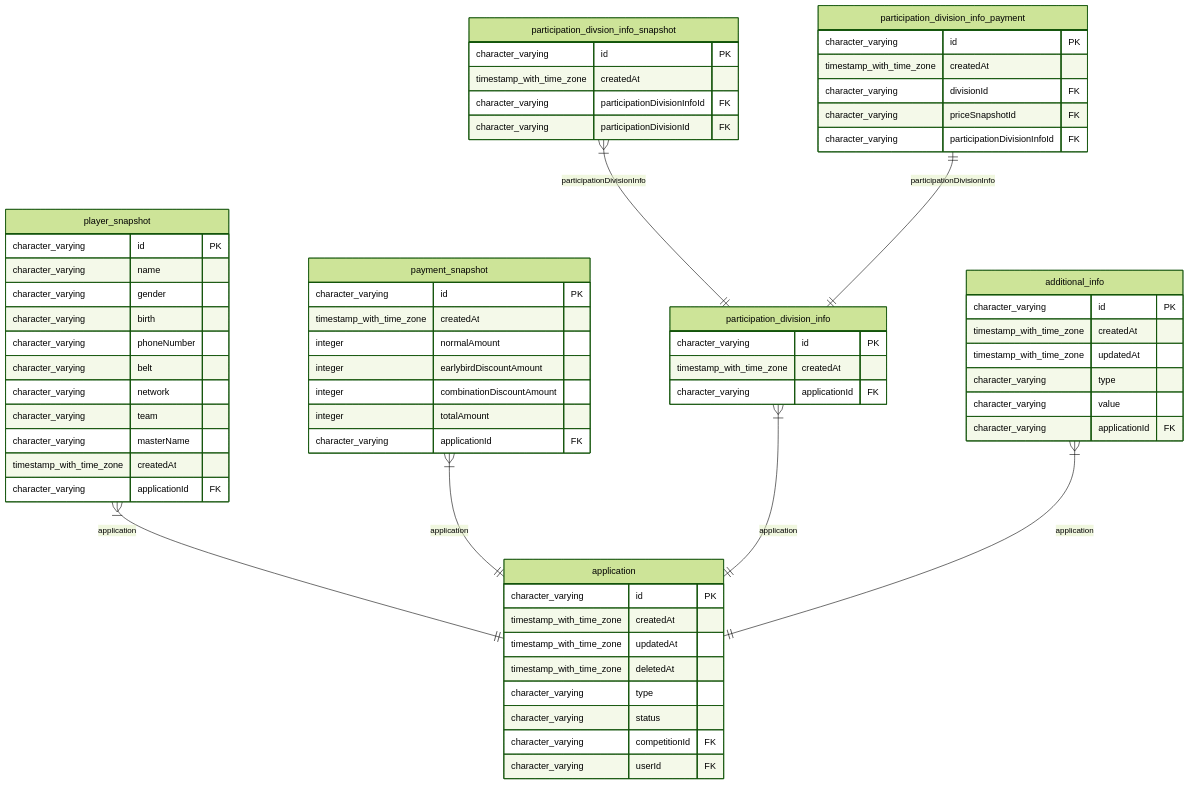
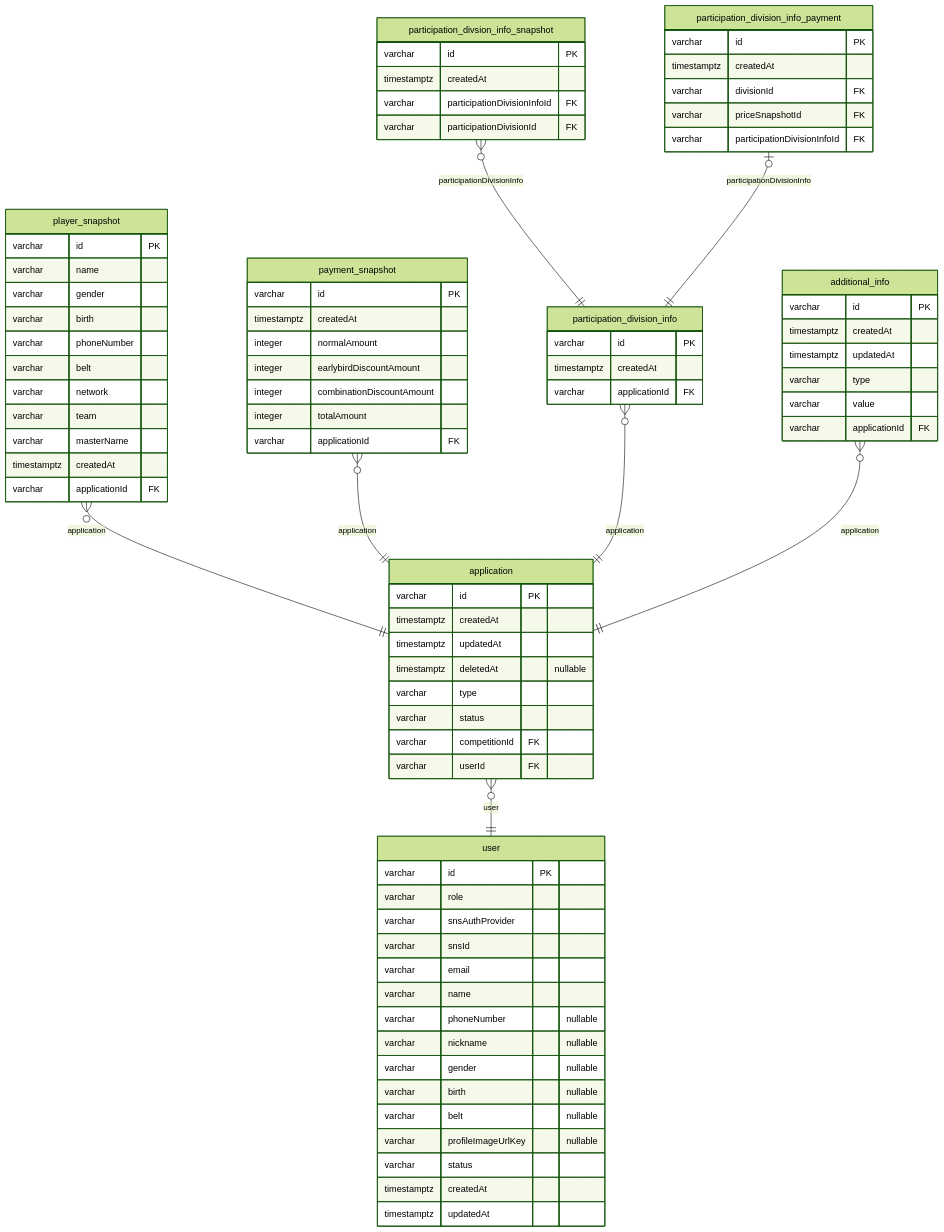
The second of 3 diagrams in docs/najiha-v2-erd.md (NAJUHA-JIUJITSU/najuha-v2-be), drawn with Mermaid (forest theme) before and after one commit. The commit also changed other lines of this file and 3 other files, not shown here.

````diff
--- a/docs/najiha-v2-erd.md
+++ b/docs/najiha-v2-erd.md
@@ -18,67 +113,85 @@
 ```mermaid
 erDiagram
   player_snapshot {
-    character_varying id PK
-    character_varying name
-    character_varying gender
-    character_varying birth
-    character_varying phoneNumber
-    character_varying belt
-    character_varying network
-    character_varying team
-    character_varying masterName
-    timestamp_with_time_zone createdAt
-    character_varying applicationId FK
+    varchar id PK
+    varchar name
+    varchar gender
+    varchar birth
+    varchar phoneNumber
+    varchar belt
+    varchar network
+    varchar team
+    varchar masterName
+    timestamptz createdAt
+    varchar applicationId FK
   }
   payment_snapshot {
-    character_varying id PK
-    timestamp_with_time_zone createdAt
+    varchar id PK
+    timestamptz createdAt
     integer normalAmount
     integer earlybirdDiscountAmount
     integer combinationDiscountAmount
     integer totalAmount
-    character_varying applicationId FK
+    varchar applicationId FK
   }
   participation_divsion_info_snapshot {
-    character_varying id PK
-    timestamp_with_time_zone createdAt
-    character_varying participationDivisionInfoId FK
-    character_varying participationDivisionId FK
+    varchar id PK
+    timestamptz createdAt
+    varchar participationDivisionInfoId FK
+    varchar participationDivisionId FK
   }
   participation_division_info {
-    character_varying id PK
-    timestamp_with_time_zone createdAt
-    character_varying applicationId FK
+    varchar id PK
+    timestamptz createdAt
+    varchar applicationId FK
   }
   participation_division_info_payment {
-    character_varying id PK
-    timestamp_with_time_zone createdAt
-    character_varying divisionId FK
-    character_varying priceSnapshotId FK
-    character_varying participationDivisionInfoId FK
+    varchar id PK
+    timestamptz createdAt
+    varchar divisionId FK
+    varchar priceSnapshotId FK
+    varchar participationDivisionInfoId FK
   }
   additional_info {
-    character_varying id PK
-    timestamp_with_time_zone createdAt
-    timestamp_with_time_zone updatedAt
-    character_varying type
-    character_varying value
-    character_varying applicationId FK
+    varchar id PK
+    timestamptz createdAt
+    timestamptz updatedAt
+    varchar type
+    varchar value
+    varchar applicationId FK
   }
   application {
-    character_varying id PK
-    timestamp_with_time_zone createdAt
-    timestamp_with_time_zone updatedAt
-    timestamp_with_time_zone deletedAt
-    character_varying type
-    character_varying status
-    character_varying competitionId FK
-    character_varying userId FK
+    varchar id PK
+    timestamptz createdAt
+    timestamptz updatedAt
+    timestamptz deletedAt "nullable"
+    varchar type
+    varchar status
+    varchar competitionId FK
+    varchar userId FK
   }
-  player_snapshot }|--|| application: application
-  payment_snapshot }|--|| application: application
-  participation_divsion_info_snapshot }|--|| participation_division_info: participationDivisionInfo
-  participation_division_info }|--|| application: application
-  participation_division_info_payment ||--|| participation_division_info: participationDivisionInfo
-  additional_info }|--|| application: application
+  user {
+    varchar id PK
+    varchar role
+    varchar snsAuthProvider
+    varchar snsId
+    varchar email
+    varchar name
+    varchar phoneNumber "nullable"
+    varchar nickname "nullable"
+    varchar gender "nullable"
+    varchar birth "nullable"
+    varchar belt "nullable"
+    varchar profileImageUrlKey "nullable"
+    varchar status
+    timestamptz createdAt
+    timestamptz updatedAt
+  }
+  player_snapshot }o--|| application: application
+  payment_snapshot }o--|| application: application
+  participation_divsion_info_snapshot }o--|| participation_division_info: participationDivisionInfo
+  participation_division_info }o--|| application: application
+  participation_division_info_payment |o--|| participation_division_info: participationDivisionInfo
+  additional_info }o--|| application: application
+  application }o--|| user: user
 ```
````
